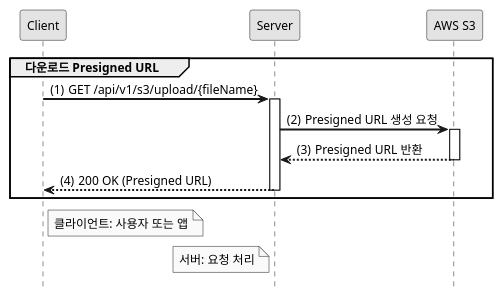
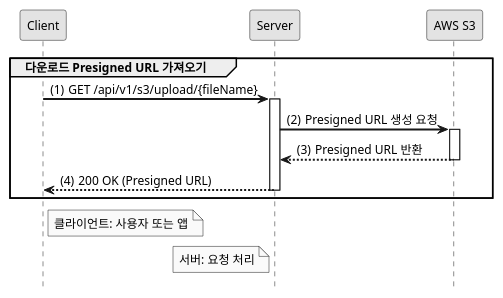
Before and after one commit to sumin220/SpringBoot_MemberBoard: the diagram in sequence/preDown.puml, drawn with PlantUML. The commit also changed 1 other file, not shown here.

Commit message:
:recycle: [Refactor]: presigned url

```diff
--- a/sequence/preDown.puml
+++ b/sequence/preDown.puml
@@ -1,28 +1,28 @@
 @startuml
 
 hide footbox
 autoactivate on
 
 ' 스타일 설정
 skinparam monochrome true
 skinparam shadowing false
 skinparam defaultFontSize 12
 skinparam defaultFontName Arial
 skinparam sequenceArrowThickness 2
 
 participant "Client" as C
 participant "Server" as S
 participant "AWS S3" as S3
 
-group 다운로드 Presigned URL
+group 다운로드 Presigned URL 가져오기
     autonumber 1 "(0)"
     C -> S: GET /api/v1/s3/upload/{fileName}
     S -> S3: Presigned URL 생성 요청
     S3 --> S: Presigned URL 반환
     S --> C: 200 OK (Presigned URL)
 end
 
 note right of C: 클라이언트: 사용자 또는 앱
 note left of S: 서버: 요청 처리
 
 @enduml
```
